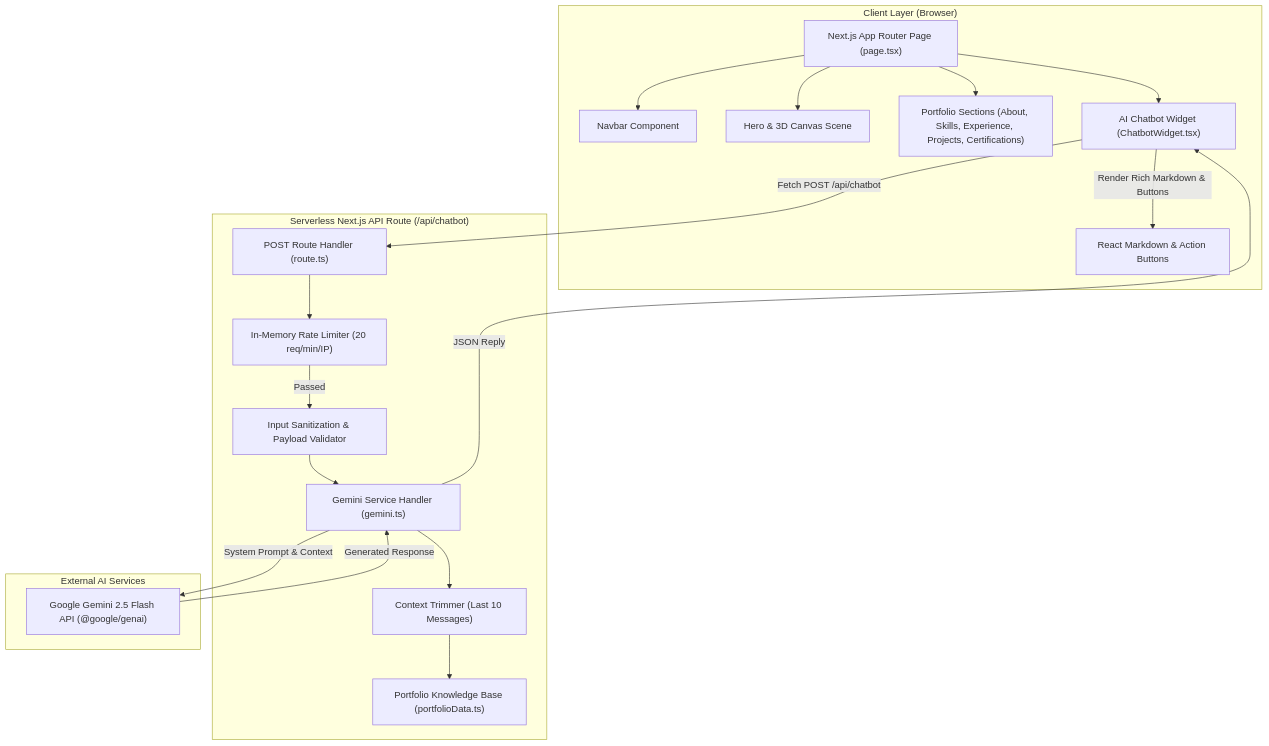
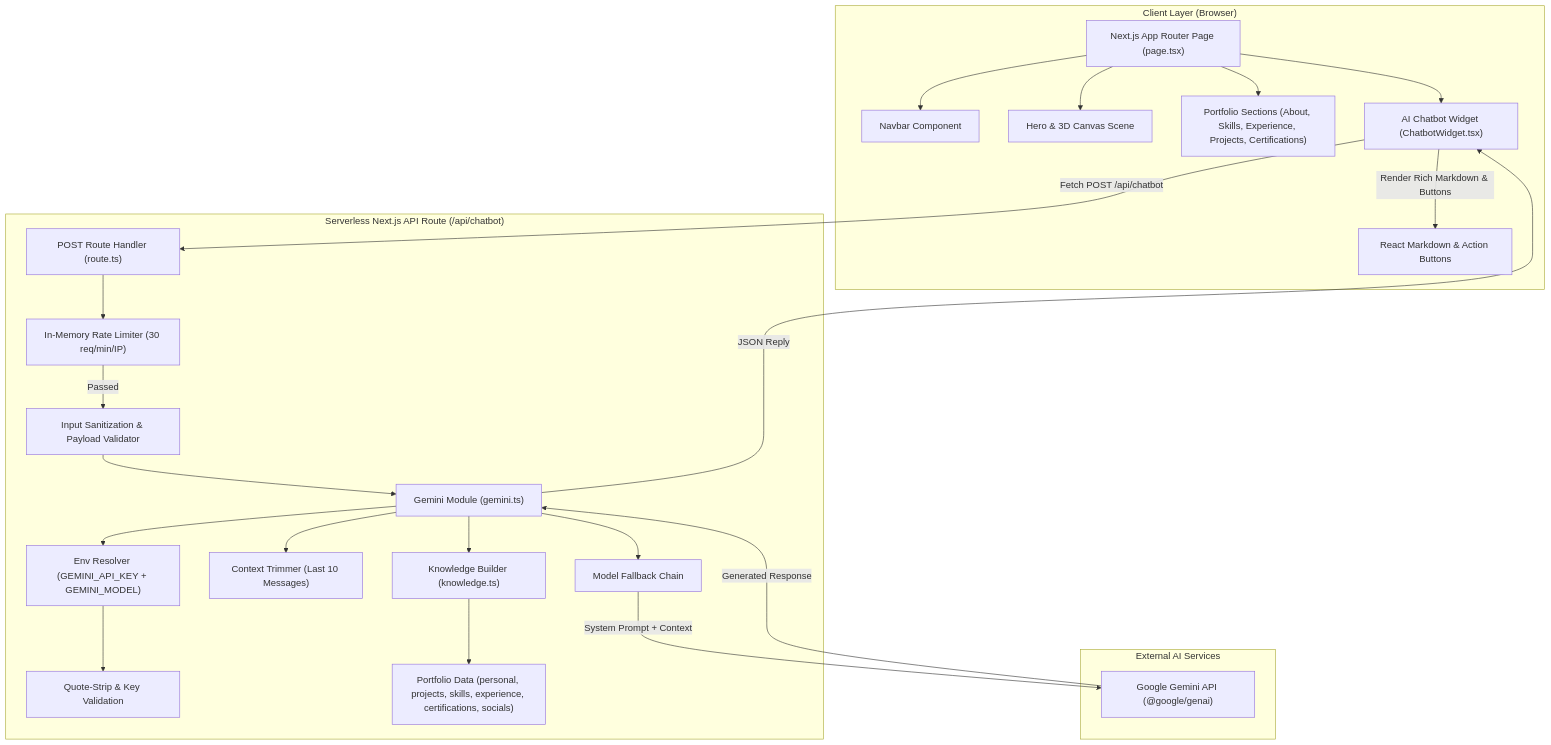
One commit to mdwarishansari/Portfolio changed the first of 2 diagrams in README.md. Above: the diagram before and after it, drawn with Mermaid. The commit also changed other lines of this file and 4 other files, not shown here.

First line of the commit message:
fix(chatbot): resolve API key invalid error & model fallback

````diff
--- a/README.md
+++ b/README.md
@@ -9,39 +9,47 @@
 ```mermaid
 graph TD
     subgraph Client ["Client Layer (Browser)"]
         UI["Next.js App Router Page (page.tsx)"]
         Navbar["Navbar Component"]
         Hero["Hero & 3D Canvas Scene"]
         Sections["Portfolio Sections (About, Skills, Experience, Projects, Certifications)"]
         Widget["AI Chatbot Widget (ChatbotWidget.tsx)"]
         Markdown["React Markdown & Action Buttons"]
     end
 
     subgraph Server ["Serverless Next.js API Route (/api/chatbot)"]
         Route["POST Route Handler (route.ts)"]
-        RateLimiter["In-Memory Rate Limiter (20 req/min/IP)"]
+        RateLimiter["In-Memory Rate Limiter (30 req/min/IP)"]
         Sanitizer["Input Sanitization & Payload Validator"]
-        GeminiService["Gemini Service Handler (gemini.ts)"]
+        GeminiModule["Gemini Module (gemini.ts)"]
+        EnvResolver["Env Resolver (GEMINI_API_KEY + GEMINI_MODEL)"]
+        QuoteStripper["Quote-Strip & Key Validation"]
         ContextTrimmer["Context Trimmer (Last 10 Messages)"]
-        KnowledgeBase["Portfolio Knowledge Base (portfolioData.ts)"]
+        KnowledgeBuilder["Knowledge Builder (knowledge.ts)"]
+        DataImports["Portfolio Data (personal, projects, skills, experience, certifications, socials)"]
+        ModelFallback["Model Fallback Chain"]
     end
 
     subgraph External ["External AI Services"]
-        GeminiAPI["Google Gemini 2.5 Flash API (@google/genai)"]
+        GeminiAPI["Google Gemini API (@google/genai)"]
     end
 
     UI --> Navbar
     UI --> Hero
     UI --> Sections
     UI --> Widget
-    Widget -->|Fetch POST /api/chatbot| Route
+    Widget -->|"Fetch POST /api/chatbot"| Route
     Route --> RateLimiter
     RateLimiter -->|Passed| Sanitizer
-    Sanitizer --> GeminiService
-    GeminiService --> ContextTrimmer
-    ContextTrimmer --> KnowledgeBase
-    GeminiService -->|System Prompt & Context| GeminiAPI
-    GeminiAPI -->|Generated Response| GeminiService
-    GeminiService -->|JSON Reply| Widget
-    Widget -->|Render Rich Markdown & Buttons| Markdown
+    Sanitizer --> GeminiModule
+    GeminiModule --> EnvResolver
+    EnvResolver --> QuoteStripper
+    GeminiModule --> ContextTrimmer
+    GeminiModule --> KnowledgeBuilder
+    KnowledgeBuilder --> DataImports
+    GeminiModule --> ModelFallback
+    ModelFallback -->|"System Prompt + Context"| GeminiAPI
+    GeminiAPI -->|"Generated Response"| GeminiModule
+    GeminiModule -->|"JSON Reply"| Widget
+    Widget -->|"Render Rich Markdown & Buttons"| Markdown
 ```
````
